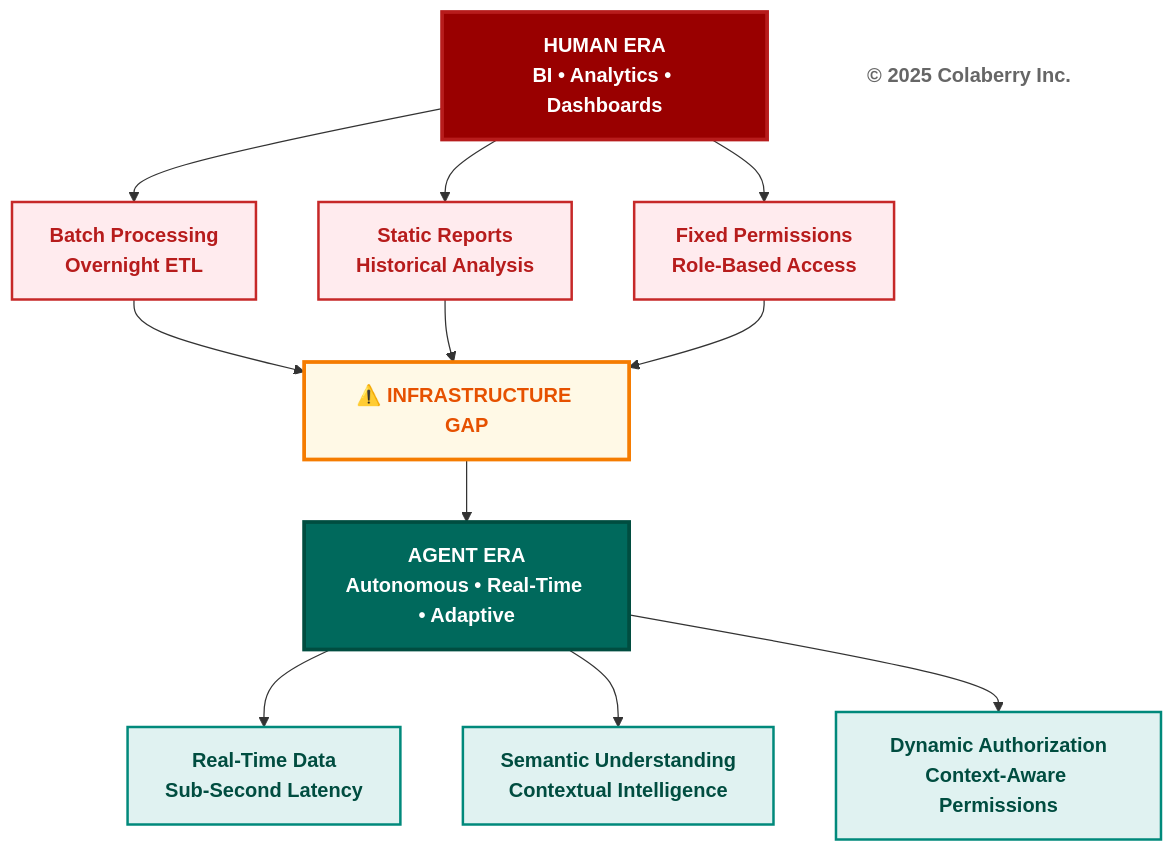
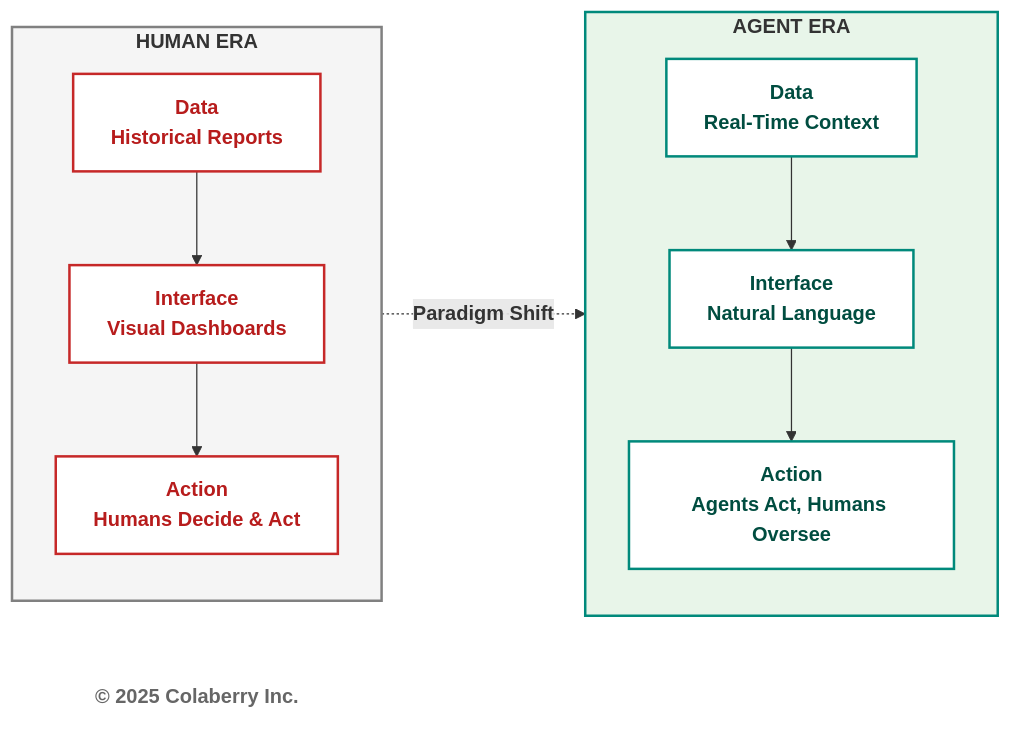
One commit to colaberry/trust-before-intelligence-book changed the first of 3 diagrams in manuscript/chapter_0_trust_before_intelligence_v2.md. Above: the diagram before and after it, drawn with Mermaid. The commit also changed other lines of this file, not shown here.

Commit message:
updated mermaid diagrams
updated mermaid diagrams

````diff
--- a/manuscript/chapter_0_trust_before_intelligence_v2.md
+++ b/manuscript/chapter_0_trust_before_intelligence_v2.md
@@ -103,40 +103,34 @@
 ```mermaid
-graph TB
-    H["<b>HUMAN ERA</b><br/><b>BI • Analytics • Dashboards</b>"]
+graph LR
+    subgraph HumanEra["<b>HUMAN ERA</b>"]
+        H1["<b>Data</b><br/><b>Historical Reports</b>"]
+        H2["<b>Interface</b><br/><b>Visual Dashboards</b>"]
+        H3["<b>Action</b><br/><b>Humans Decide & Act</b>"]
+        
+        H1 --> H2
+        H2 --> H3
+    end
     
-    H1["<b>Batch Processing</b><br/><b>Overnight ETL</b>"]
-    H2["<b>Static Reports</b><br/><b>Historical Analysis</b>"]
-    H3["<b>Fixed Permissions</b><br/><b>Role-Based Access</b>"]
+    subgraph AgentEra["<b>AGENT ERA</b>"]
+        A1["<b>Data</b><br/><b>Real-Time Context</b>"]
+        A2["<b>Interface</b><br/><b>Natural Language</b>"]
+        A3["<b>Action</b><br/><b>Agents Act, Humans Oversee</b>"]
+        
+        A1 --> A2
+        A2 --> A3
+    end
     
-    Gap["<b>⚠️ INFRASTRUCTURE GAP</b>"]
-    
-    A["<b>AGENT ERA</b><br/><b>Autonomous • Real-Time • Adaptive</b>"]
-    
-    A1["<b>Real-Time Data</b><br/><b>Sub-Second Latency</b>"]
-    A2["<b>Semantic Understanding</b><br/><b>Contextual Intelligence</b>"]
-    A3["<b>Dynamic Authorization</b><br/><b>Context-Aware Permissions</b>"]
+    HumanEra -.->|<b>Paradigm Shift</b>| AgentEra
     
     Copyright["<b>© 2025 Colaberry Inc.</b>"]
     
-    H --> H1
-    H --> H2
-    H --> H3
-    H1 --> Gap
-    H2 --> Gap
-    H3 --> Gap
-    Gap --> A
-    A --> A1
-    A --> A2
-    A --> A3
-    
-    style H fill:#990000,color:#ffffff,stroke:#b71c1c,stroke-width:3px
-    style H1 fill:#ffebee,stroke:#c62828,stroke-width:2px,color:#b71c1c
-    style H2 fill:#ffebee,stroke:#c62828,stroke-width:2px,color:#b71c1c
-    style H3 fill:#ffebee,stroke:#c62828,stroke-width:2px,color:#b71c1c
-    style Gap fill:#fff9e6,stroke:#f57c00,stroke-width:3px,color:#e65100
-    style A fill:#00695c,color:#ffffff,stroke:#004d40,stroke-width:3px
-    style A1 fill:#e0f2f1,stroke:#00897b,stroke-width:2px,color:#004d40
-    style A2 fill:#e0f2f1,stroke:#00897b,stroke-width:2px,color:#004d40
-    style A3 fill:#e0f2f1,stroke:#00897b,stroke-width:2px,color:#004d40
+    style HumanEra fill:#f5f5f5,stroke:#808080,stroke-width:2px
+    style H1 fill:#ffffff,stroke:#c62828,stroke-width:2px,color:#b71c1c
+    style H2 fill:#ffffff,stroke:#c62828,stroke-width:2px,color:#b71c1c
+    style H3 fill:#ffffff,stroke:#c62828,stroke-width:2px,color:#b71c1c
+    style AgentEra fill:#e8f5e9,stroke:#00897b,stroke-width:2px
+    style A1 fill:#ffffff,stroke:#00897b,stroke-width:2px,color:#004d40
+    style A2 fill:#ffffff,stroke:#00897b,stroke-width:2px,color:#004d40
+    style A3 fill:#ffffff,stroke:#00897b,stroke-width:2px,color:#004d40
     style Copyright fill:#ffffff,stroke:none,color:#666666
 ```
````
